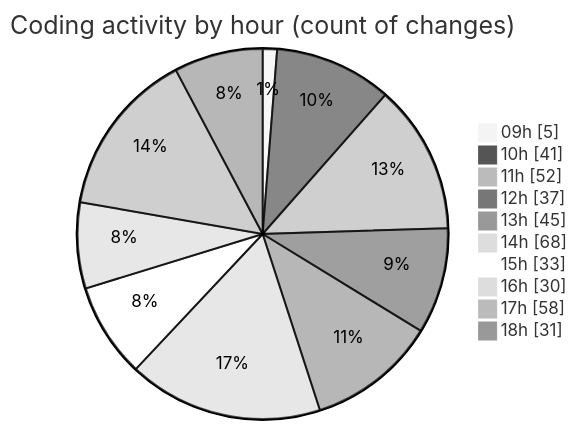
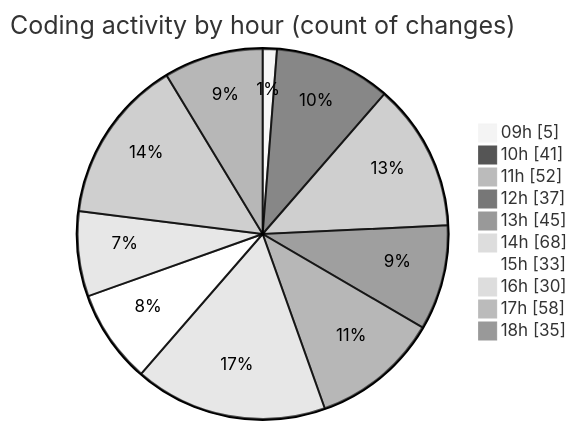
One commit to momahboobian/code-tracking changed the second of 2 diagrams in 2026-04-27/cda/README.md. Above: the diagram before and after it, drawn with Mermaid (neutral theme). The commit also changed other lines of this file and 1 other file, not shown here.

````diff
--- a/2026-04-27/cda/README.md
+++ b/2026-04-27/cda/README.md
@@ -69,14 +69,14 @@
 ```mermaid
 pie showData
 title Coding activity by hour (count of changes)
 "09h" : 5
 "10h" : 41
 "11h" : 52
 "12h" : 37
 "13h" : 45
 "14h" : 68
 "15h" : 33
 "16h" : 30
 "17h" : 58
-"18h" : 31
+"18h" : 35
 ```
````
